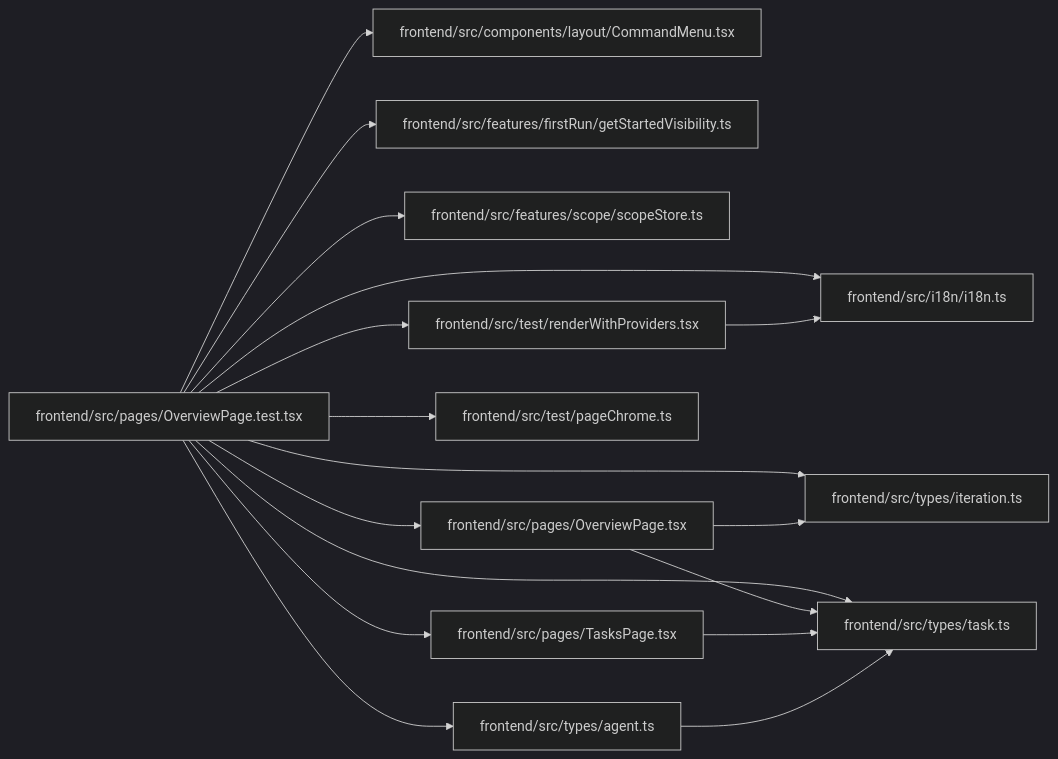
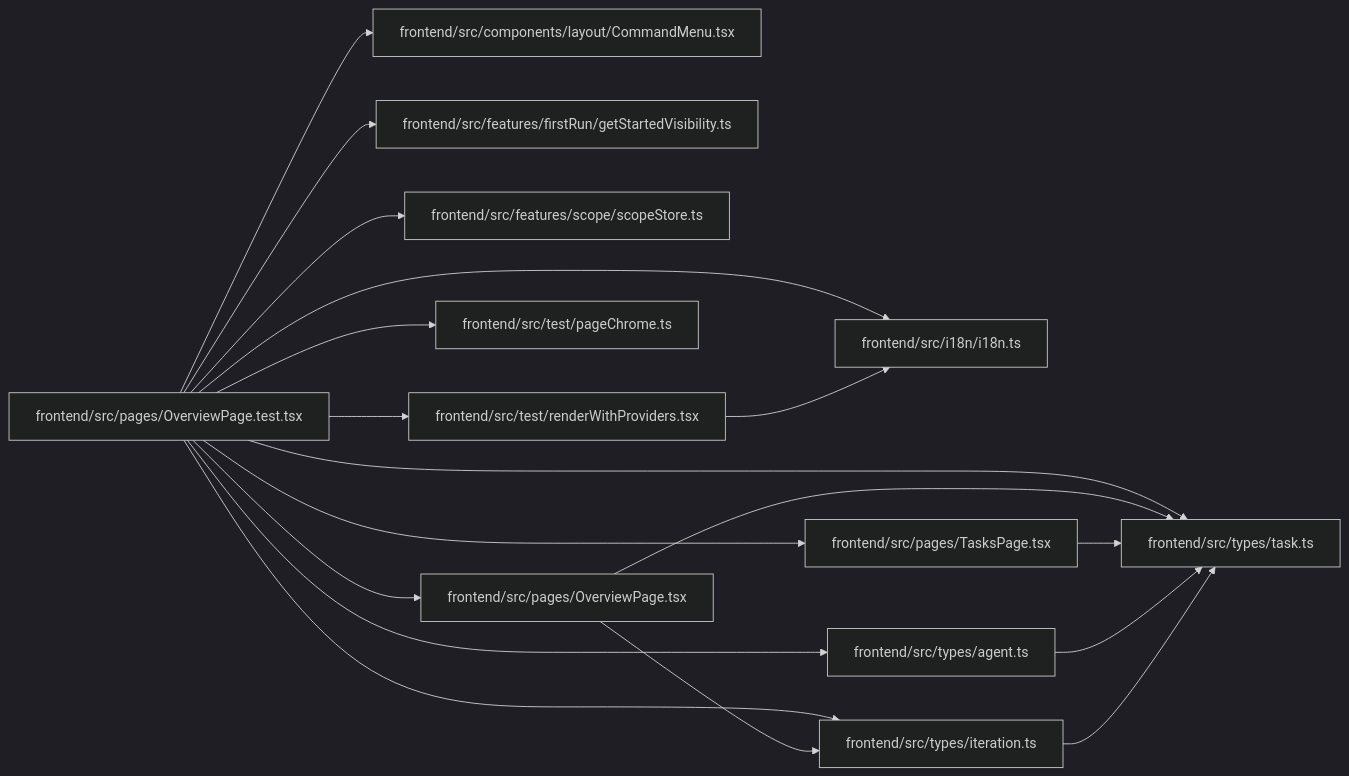
Before and after one commit to Denissvgn/WorkChord: the diagram in docs/llm_wiki/modules/OverviewPage.test.md, drawn with Mermaid (dark theme). The commit also changed 904 other files, not shown here.

Commit message:
Sync the architectural wiki for terminal task states

````diff
--- a/docs/llm_wiki/modules/OverviewPage.test.md
+++ b/docs/llm_wiki/modules/OverviewPage.test.md
@@ -40,43 +40,44 @@
 ```mermaid
 flowchart LR
     n0["frontend/src/components/layout/CommandMenu.tsx"]
     n1["frontend/src/features/firstRun/getStartedVisibility.ts"]
     n2["frontend/src/features/scope/scopeStore.ts"]
     n3["frontend/src/i18n/i18n.ts"]
     n4["frontend/src/pages/OverviewPage.test.tsx"]
     n5["frontend/src/pages/OverviewPage.tsx"]
     n6["frontend/src/pages/TasksPage.tsx"]
     n7["frontend/src/test/pageChrome.ts"]
     n8["frontend/src/test/renderWithProviders.tsx"]
     n9["frontend/src/types/agent.ts"]
     n10["frontend/src/types/iteration.ts"]
     n11["frontend/src/types/task.ts"]
     n4 --> n0
     n4 --> n1
     n4 --> n2
     n4 --> n3
     n4 --> n5
     n4 --> n6
     n4 --> n7
     n4 --> n8
     n4 --> n9
     n4 --> n10
     n4 --> n11
     n5 --> n10
     n5 --> n11
     n6 --> n11
     n8 --> n3
     n9 --> n11
+    n10 --> n11
     click n0 "../modules/CommandMenu.md"
     click n1 "../modules/getStartedVisibility.md"
     click n2 "../modules/scopeStore.md"
     click n3 "../modules/i18n.md"
     click n4 "../modules/OverviewPage.test.md"
     click n5 "../modules/OverviewPage.md"
     click n6 "../modules/TasksPage.md"
     click n7 "../modules/pageChrome.md"
     click n8 "../modules/renderWithProviders.md"
     click n9 "../modules/types_agent.md"
     click n10 "../modules/types_iteration.md"
     click n11 "../modules/types_task.md"
 ```
````
